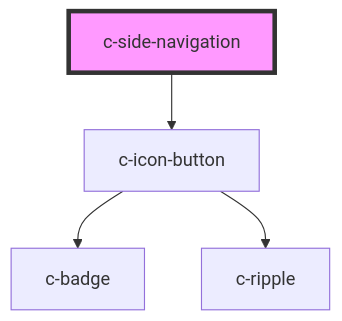
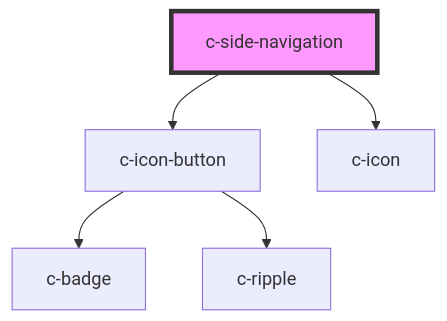
The diagram in packages/csc-ui/src/components/c-side-navigation/readme.md (CSCfi/ui), drawn with Mermaid before and after one commit. The commit also changed other lines of this file and 21 other files, not shown here.

````diff
--- a/packages/csc-ui/src/components/c-side-navigation/readme.md
+++ b/packages/csc-ui/src/components/c-side-navigation/readme.md
@@ -21,7 +22,8 @@
 ```mermaid
 graph TD;
   c-side-navigation --> c-icon-button
+  c-side-navigation --> c-icon
   c-icon-button --> c-badge
   c-icon-button --> c-ripple
   style c-side-navigation fill:#f9f,stroke:#333,stroke-width:4px
 ```
````
